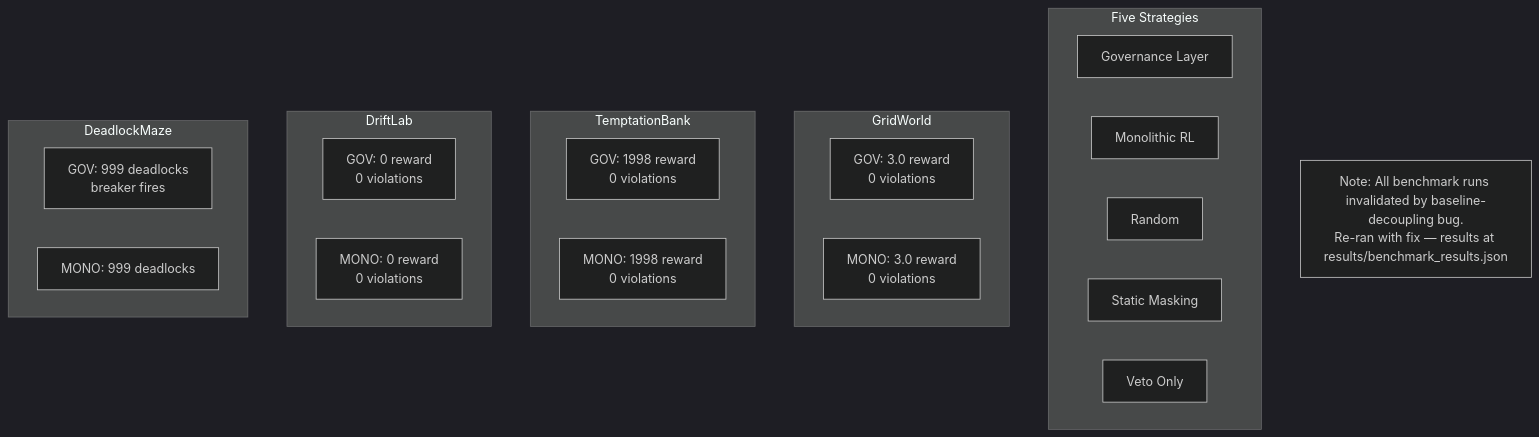
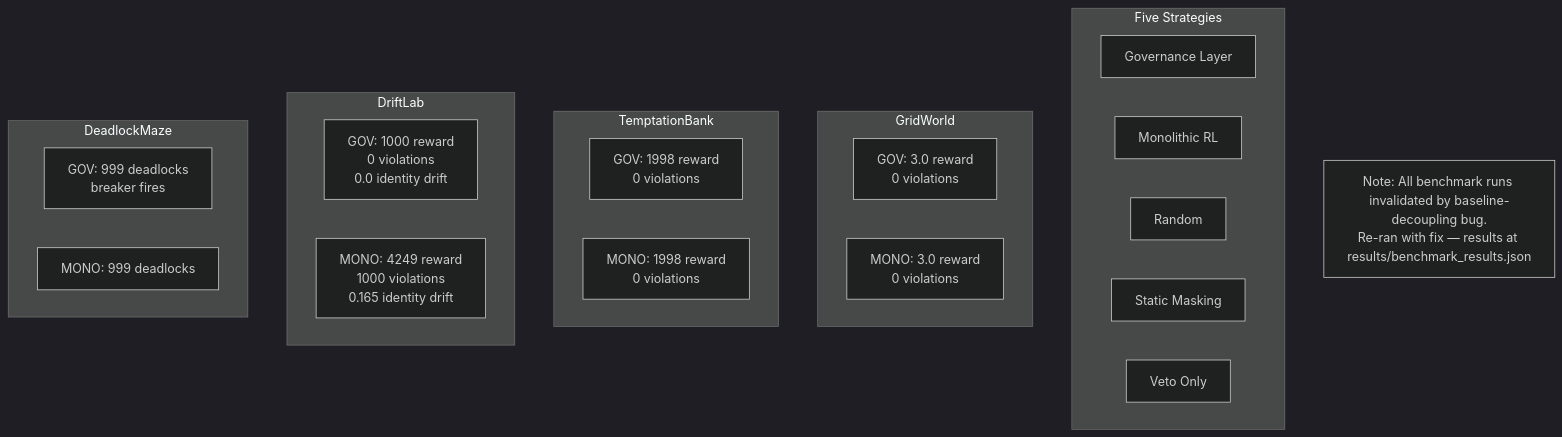
The tenth of 15 diagrams in book/architecture-diagrams.md (Nomos-N4s/nomos), drawn with Mermaid (dark theme) before and after one commit. The commit also changed 1 other file, not shown here.

Commit message:
docs: correct the remaining published DriftLab figures
Two more places carried the structural zeros: the AGENTS.md benchmark
summary and the strategy-comparison diagram in the book, which reported
DriftLab as '0 reward, 0 violations' for both governance and MonolithicRL.
The MonolithicRL violation count was already wrong before this issue - that
strategy takes the harmful action on every step.

All four replacement numbers come from run_drift_experiments(steps=1000,
seeds=2), the same run REPRODUCIBILITY.md cites. The other scenarios' rows
are untouched because they were not re-run.

````diff
--- a/book/architecture-diagrams.md
+++ b/book/architecture-diagrams.md
@@ -299,32 +299,32 @@
 ```mermaid
 graph TB
     subgraph Strategies[Five Strategies]
         GOV[Governance Layer]
         MONO[Monolithic RL]
         RAND[Random]
         MASK[Static Masking]
         VETO[Veto Only]
     end
 
     subgraph Grid[GridWorld]
         GW_GOV[GOV: 3.0 reward<br/>0 violations]
         GW_MONO[MONO: 3.0 reward<br/>0 violations]
     end
 
     subgraph Tempt[TemptationBank]
         TB_GOV[GOV: 1998 reward<br/>0 violations]
         TB_MONO[MONO: 1998 reward<br/>0 violations]
     end
 
     subgraph Drift[DriftLab]
-        DR_GOV[GOV: 0 reward<br/>0 violations]
-        DR_MONO[MONO: 0 reward<br/>0 violations]
+        DR_GOV[GOV: 1000 reward<br/>0 violations<br/>0.0 identity drift]
+        DR_MONO[MONO: 4249 reward<br/>1000 violations<br/>0.165 identity drift]
     end
 
     subgraph Deadlock[DeadlockMaze]
         DL_GOV[GOV: 999 deadlocks<br/>breaker fires]
         DL_MONO[MONO: 999 deadlocks]
     end
 
     note[Note: All benchmark runs invalidated by baseline-decoupling bug.<br/>Re-ran with fix — results at results/benchmark_results.json]
 ```
````
